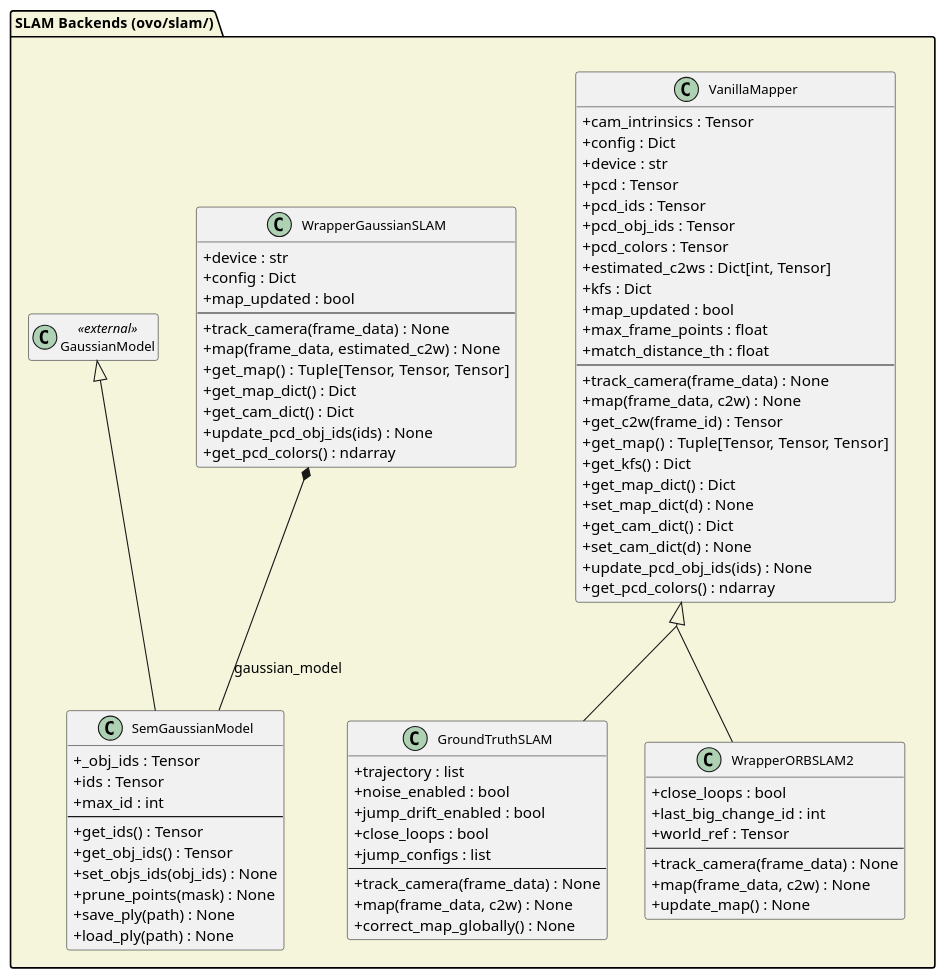
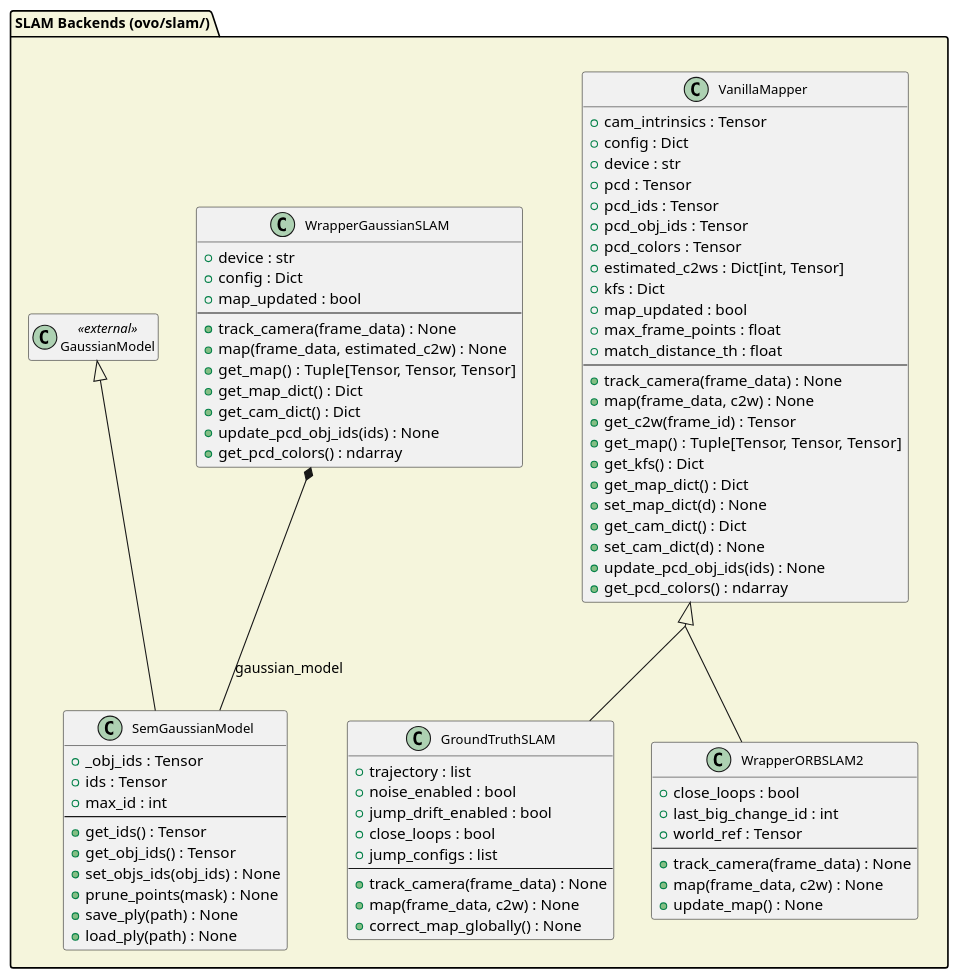
One commit to dpadillaor/OVO changed the diagram in docs/uml/03_class-slam.puml. Above: the diagram before and after it, drawn with PlantUML. The commit also changed 8 other files, not shown here.

```diff
--- a/docs/uml/03_class-slam.puml
+++ b/docs/uml/03_class-slam.puml
@@ -1,101 +1,104 @@
 @startuml class-slam
 ' SLAM backends: VanillaMapper defines implicit interface; subclasses extend or duck-type
 ' Add new backend: subclass VanillaMapper (or duck-type if external like GaussianSLAM)
 
-skinparam classAttributeIconSize 0
+skinparam classAttributeIconSize 10
 skinparam classFontSize 12
 skinparam packageFontSize 13
 skinparam groupInheritance 2
 hide empty members
 
-package "SLAM Backends  (ovo/slam/)" #F5F5DC {
+' ─────────────────────────────────────────────
+'  SLAM BACKENDS
+' ─────────────────────────────────────────────
+package "SLAM Backends (ovo/slam/)" as SlamPkg #F5F5DC {
 
   class VanillaMapper {
     + cam_intrinsics : Tensor
     + config : Dict
     + device : str
     + pcd : Tensor
     + pcd_ids : Tensor
     + pcd_obj_ids : Tensor
     + pcd_colors : Tensor
     + estimated_c2ws : Dict[int, Tensor]
     + kfs : Dict
     + map_updated : bool
     + max_frame_points : float
     + match_distance_th : float
     --
     + track_camera(frame_data) : None
     + map(frame_data, c2w) : None
     + get_c2w(frame_id) : Tensor
     + get_map() : Tuple[Tensor, Tensor, Tensor]
     + get_kfs() : Dict
     + get_map_dict() : Dict
     + set_map_dict(d) : None
     + get_cam_dict() : Dict
     + set_cam_dict(d) : None
     + update_pcd_obj_ids(ids) : None
     + get_pcd_colors() : ndarray
   }
 
   class GroundTruthSLAM {
     + trajectory : list
     + noise_enabled : bool
     + jump_drift_enabled : bool
     + close_loops : bool
     + jump_configs : list
     --
     + track_camera(frame_data) : None
     + map(frame_data, c2w) : None
     + correct_map_globally() : None
   }
 
   class WrapperORBSLAM2 {
     + close_loops : bool
     + last_big_change_id : int
     + world_ref : Tensor
     --
     + track_camera(frame_data) : None
     + map(frame_data, c2w) : None
     + update_map() : None
   }
 
   class WrapperGaussianSLAM {
     ' Duck-type compatible with VanillaMapper — does NOT inherit
     + device : str
     + config : Dict
     + map_updated : bool
     --
     + track_camera(frame_data) : None
     + map(frame_data, estimated_c2w) : None
     + get_map() : Tuple[Tensor, Tensor, Tensor]
     + get_map_dict() : Dict
     + get_cam_dict() : Dict
     + update_pcd_obj_ids(ids) : None
     + get_pcd_colors() : ndarray
   }
 
   class SemGaussianModel {
     ' GaussianModel + per-point instance & unique IDs
     + _obj_ids : Tensor
     + ids : Tensor
     + max_id : int
     --
     + get_ids() : Tensor
     + get_obj_ids() : Tensor
     + set_objs_ids(obj_ids) : None
     + prune_points(mask) : None
     + save_ply(path) : None
     + load_ply(path) : None
   }
 
   class GaussianModel <<external>> {
     ' From thirdParty/gaussian_slam
   }
 
   VanillaMapper <|-- GroundTruthSLAM
   VanillaMapper <|-- WrapperORBSLAM2
   GaussianModel <|-- SemGaussianModel
   WrapperGaussianSLAM *-- SemGaussianModel : gaussian_model
 }
 
 @enduml
```
